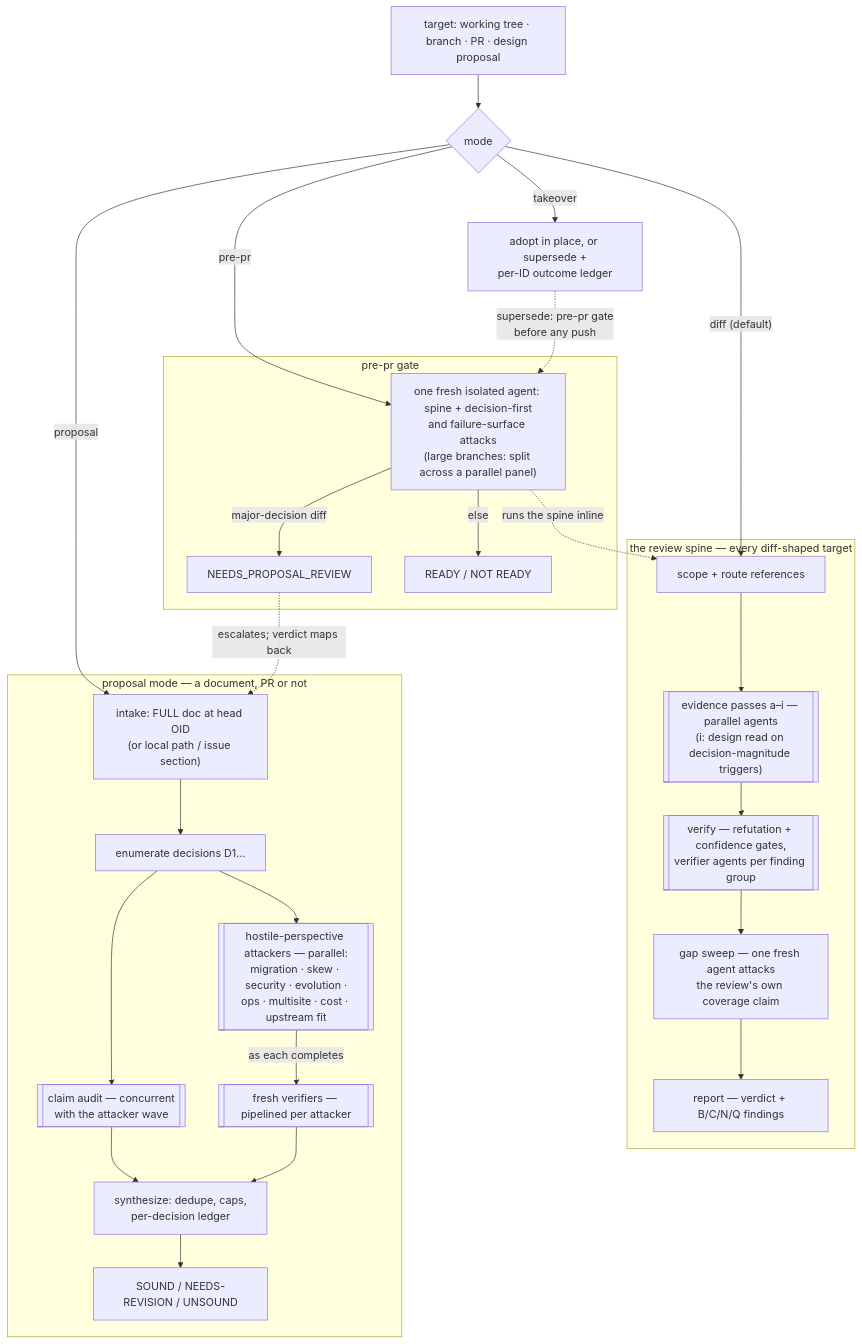
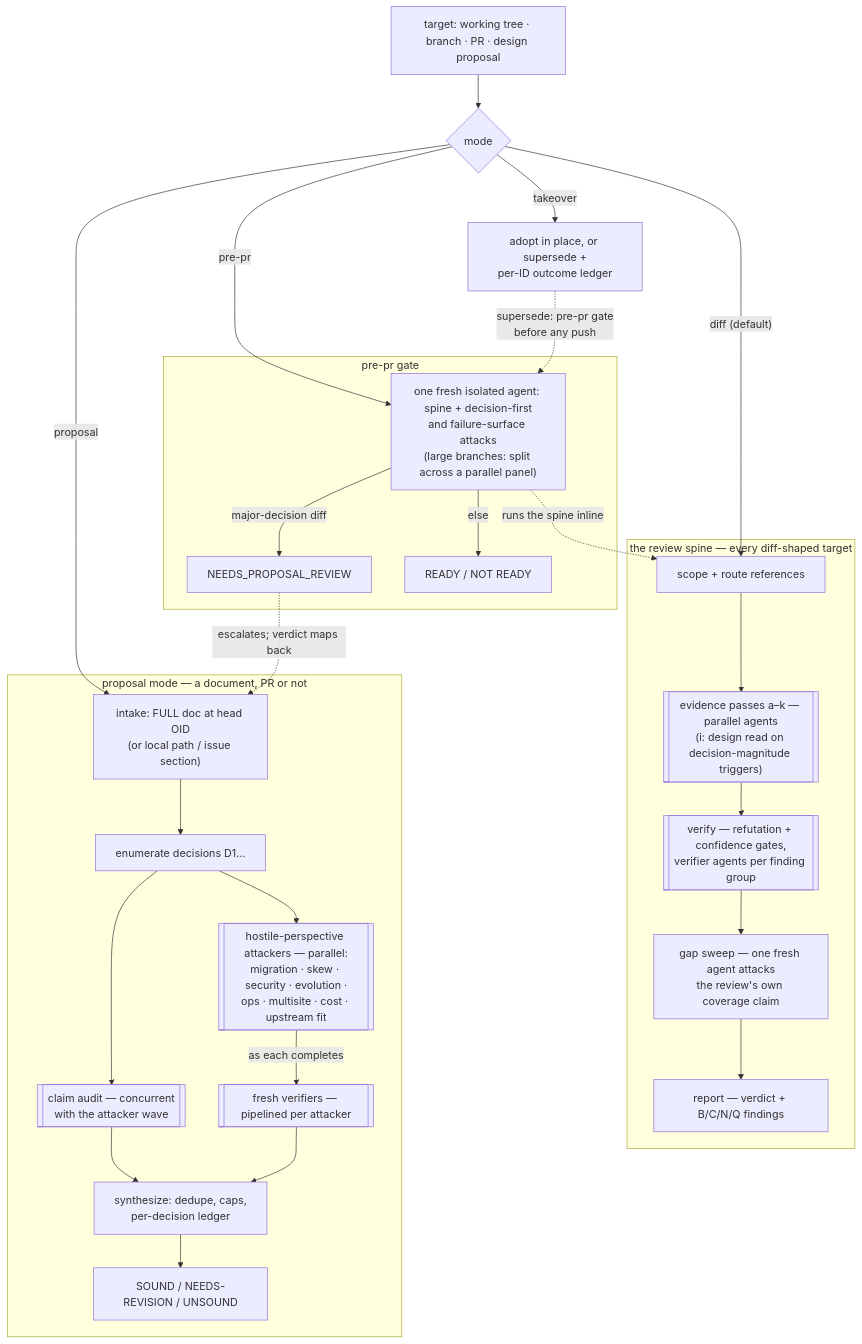
One commit to jhoblitt/rook-claude changed the diagram in README.md. Above: the diagram before and after it, drawn with Mermaid. The commit also changed other lines of this file and 24 other files, not shown here.

````diff
--- a/README.md
+++ b/README.md
@@ -72,35 +72,35 @@
 ```mermaid
 flowchart TD
     T["target: working tree · branch · PR · design proposal"] --> M{mode}
 
     M -->|"diff (default)"| S1
     M -->|pre-pr| G1
     M -->|proposal| P1
     M -->|takeover| K1["adopt in place, or supersede +<br/>per-ID outcome ledger"]
 
     subgraph SPINE["the review spine — every diff-shaped target"]
-        S1["scope + route references"] --> S2[["evidence passes a–i — parallel agents<br/>(i: design read on decision-magnitude triggers)"]]
+        S1["scope + route references"] --> S2[["evidence passes a–k — parallel agents<br/>(i: design read on decision-magnitude triggers)"]]
         S2 --> S3[["verify — refutation + confidence gates,<br/>verifier agents per finding group"]]
         S3 --> S4["gap sweep — one fresh agent attacks<br/>the review's own coverage claim"]
         S4 --> S5["report — verdict + B/C/N/Q findings"]
     end
 
     subgraph GATE["pre-pr gate"]
         G1["one fresh isolated agent: spine + decision-first<br/>and failure-surface attacks<br/>(large branches: split across a parallel panel)"] -->|major-decision diff| G4["NEEDS_PROPOSAL_REVIEW"]
         G1 -->|else| G3["READY / NOT READY"]
     end
 
     subgraph PROP["proposal mode — a document, PR or not"]
         P1["intake: FULL doc at head OID<br/>(or local path / issue section)"] --> P2["enumerate decisions D1…"]
         P2 --> P3[["claim audit — concurrent<br/>with the attacker wave"]]
         P2 --> P4[["hostile-perspective attackers — parallel:<br/>migration · skew · security · evolution ·<br/>ops · multisite · cost · upstream fit"]]
         P4 -->|as each completes| P5[["fresh verifiers — pipelined per attacker"]]
         P3 --> P6["synthesize: dedupe, caps,<br/>per-decision ledger"]
         P5 --> P6
         P6 --> P7["SOUND / NEEDS-REVISION / UNSOUND"]
     end
 
     G1 -.->|"runs the spine inline"| S1
     G4 -.->|"escalates; verdict maps back"| P1
     K1 -.->|"supersede: pre-pr gate<br/>before any push"| G1
 ```
````
